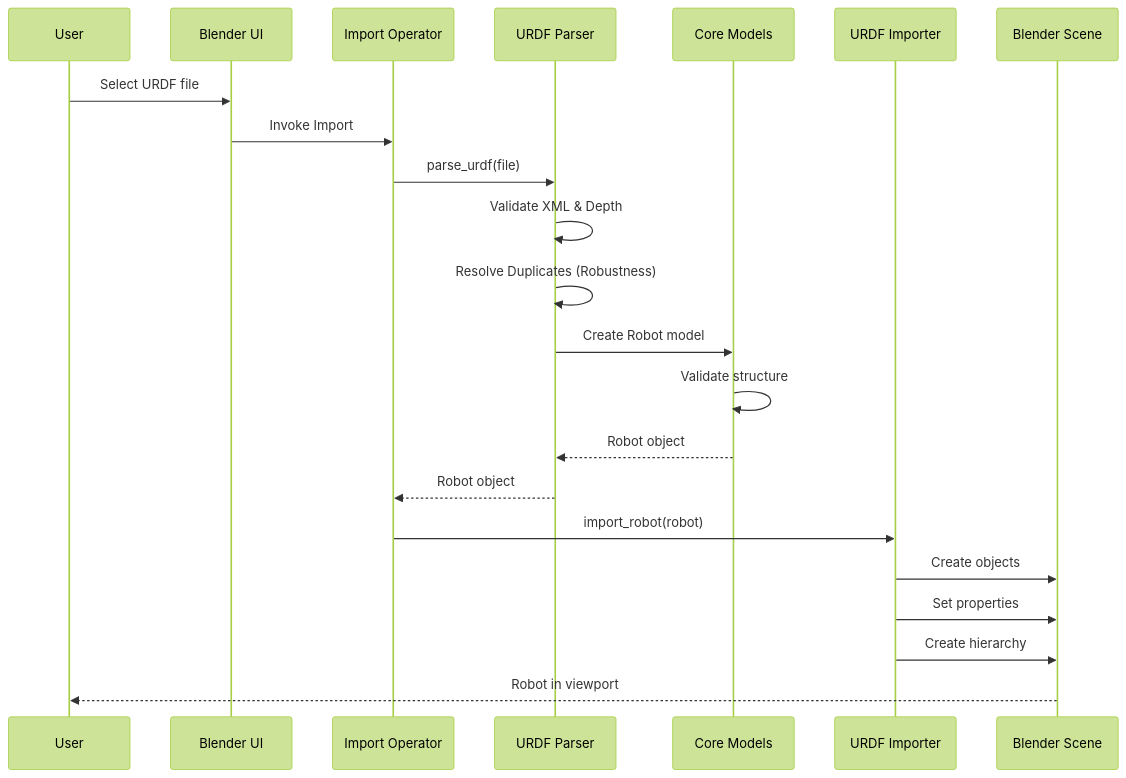
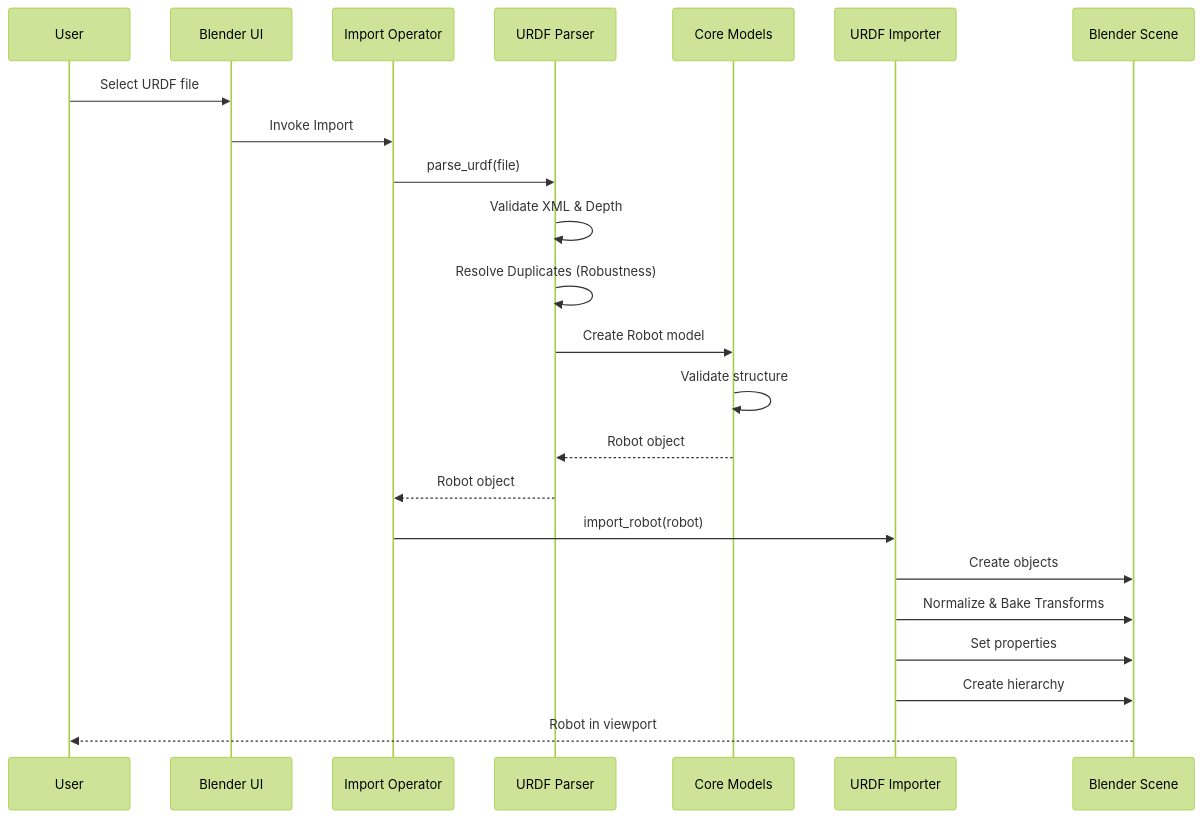
Before and after one commit to arounamounchili/linkforge: the fourth of 8 diagrams in ARCHITECTURE.md, drawn with Mermaid (forest theme). The commit also changed other lines of this file, not shown here.

Commit message:
docs: update architecture diagrams and patterns for v1.2.0 data flow

````diff
--- a/ARCHITECTURE.md
+++ b/ARCHITECTURE.md
@@ -146,25 +146,26 @@
 ```mermaid
 sequenceDiagram
     participant User
     participant UI as Blender UI
     participant Op as Import Operator
     participant Parser as URDF Parser
     participant Models as Core Models
     participant Importer as URDF Importer
     participant Blender as Blender Scene
 
     User->>UI: Select URDF file
     UI->>Op: Invoke Import
     Op->>Parser: parse_urdf(file)
     Parser->>Parser: Validate XML & Depth
     Parser->>Parser: Resolve Duplicates (Robustness)
     Parser->>Models: Create Robot model
     Models->>Models: Validate structure
     Models-->>Parser: Robot object
     Parser-->>Op: Robot object
     Op->>Importer: import_robot(robot)
     Importer->>Blender: Create objects
+    Importer->>Blender: Normalize & Bake Transforms
     Importer->>Blender: Set properties
     Importer->>Blender: Create hierarchy
     Blender-->>User: Robot in viewport
 ```
````
